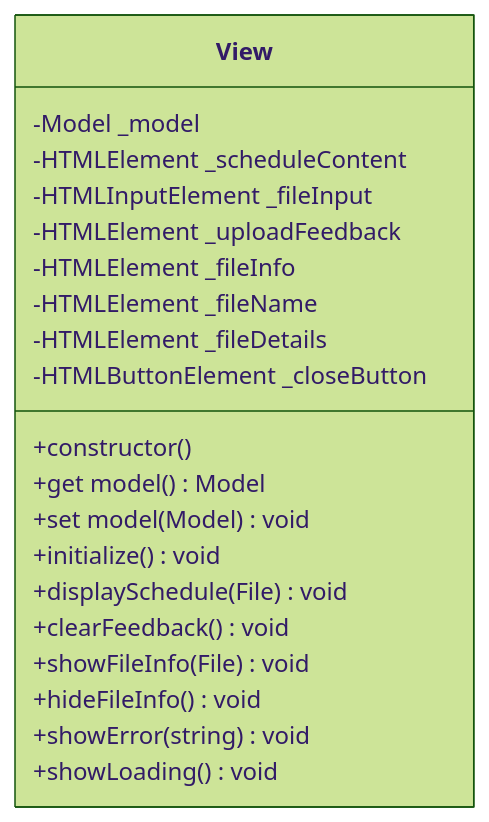
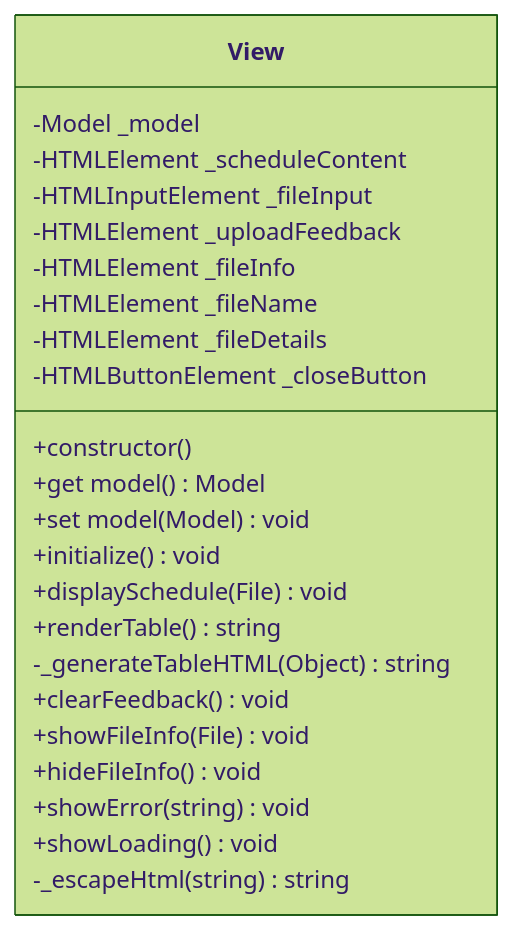
Before and after one commit to ahmetcankaratas/transformer: the fourth of 4 diagrams in HW1/JavaScript/README.md, drawn with Mermaid (forest theme). The commit also changed other lines of this file and 3 other files, not shown here.

````diff
--- a/HW1/JavaScript/README.md
+++ b/HW1/JavaScript/README.md
@@ -126,23 +136,26 @@
 ```mermaid
 classDiagram
     class View {
         -Model _model
         -HTMLElement _scheduleContent
         -HTMLInputElement _fileInput
         -HTMLElement _uploadFeedback
         -HTMLElement _fileInfo
         -HTMLElement _fileName
         -HTMLElement _fileDetails
         -HTMLButtonElement _closeButton
         +constructor()
         +get model() Model
         +set model(Model) void
         +initialize() void
         +displaySchedule(File) void
+        +renderTable() string
+        -_generateTableHTML(Object) string
         +clearFeedback() void
         +showFileInfo(File) void
         +hideFileInfo() void
         +showError(string) void
         +showLoading() void
+        -_escapeHtml(string) string
     }
 ```
````
